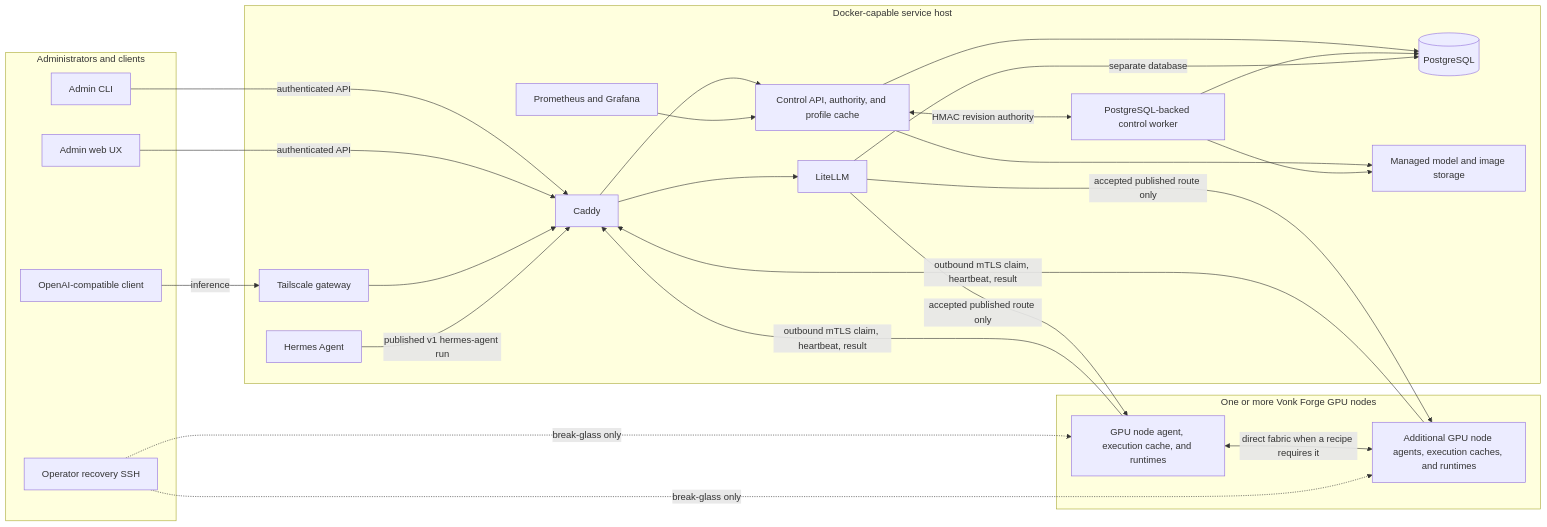
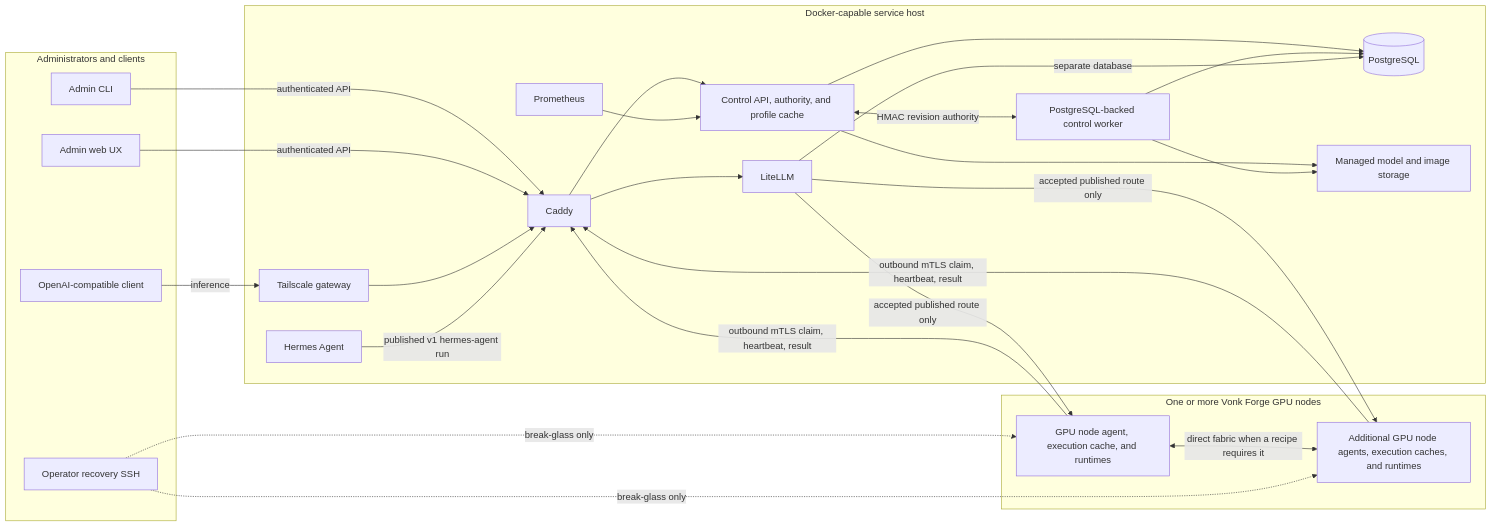
The first of 2 diagrams in docs/architecture-overview.md (CarstVaartjes/vonk-forge), drawn with Mermaid before and after one commit. The commit also changed other lines of this file and 36 other files, not shown here.

````diff
--- a/docs/architecture-overview.md
+++ b/docs/architecture-overview.md
@@ -33,46 +33,46 @@
 ```mermaid
 flowchart LR
     subgraph users[Administrators and clients]
         cli[Admin CLI]
         web[Admin web UX]
         client[OpenAI-compatible client]
         operator[Operator recovery SSH]
     end
 
     subgraph host[Docker-capable service host]
         tailscale[Tailscale gateway]
         caddy[Caddy]
         api[Control API, authority, and profile cache]
         worker[PostgreSQL-backed control worker]
         db[(PostgreSQL)]
         storage[Managed model and image storage]
         litellm[LiteLLM]
         hermes[Hermes Agent]
-        telemetry[Prometheus and Grafana]
+        telemetry[Prometheus]
     end
 
     subgraph nodes[One or more Vonk Forge GPU nodes]
         s1[GPU node agent, execution cache, and runtimes]
         sn[Additional GPU node agents, execution caches, and runtimes]
     end
 
     cli -->|authenticated API| caddy
     web -->|authenticated API| caddy
     client -->|inference| tailscale --> caddy --> litellm
     caddy --> api
     api --> db
     worker --> db
     api --> storage
     worker --> storage
     litellm -->|separate database| db
     api <-->|HMAC revision authority| worker
     hermes -->|published v1 hermes-agent run| caddy
     telemetry --> api
     litellm -->|accepted published route only| s1
     litellm -->|accepted published route only| sn
     s1 -->|outbound mTLS claim, heartbeat, result| caddy
     sn -->|outbound mTLS claim, heartbeat, result| caddy
     s1 <-->|direct fabric when a recipe requires it| sn
     operator -. break-glass only .-> s1
     operator -. break-glass only .-> sn
 ```
````
